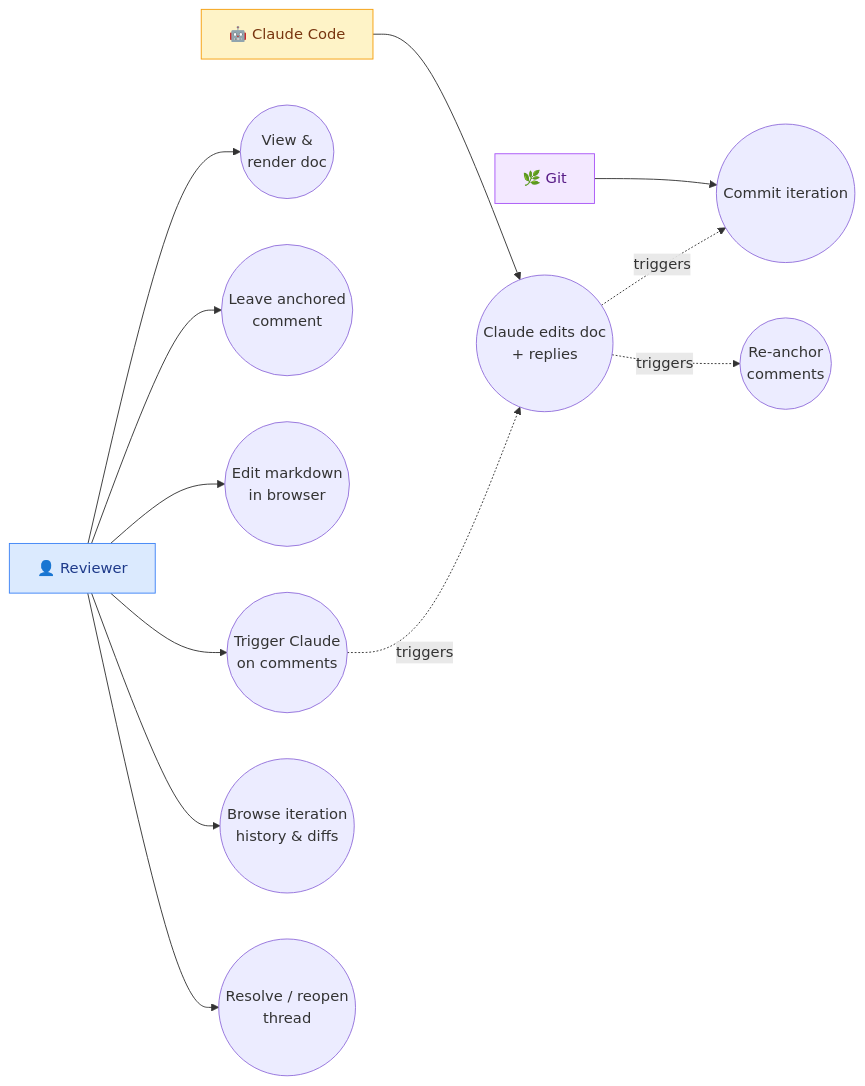
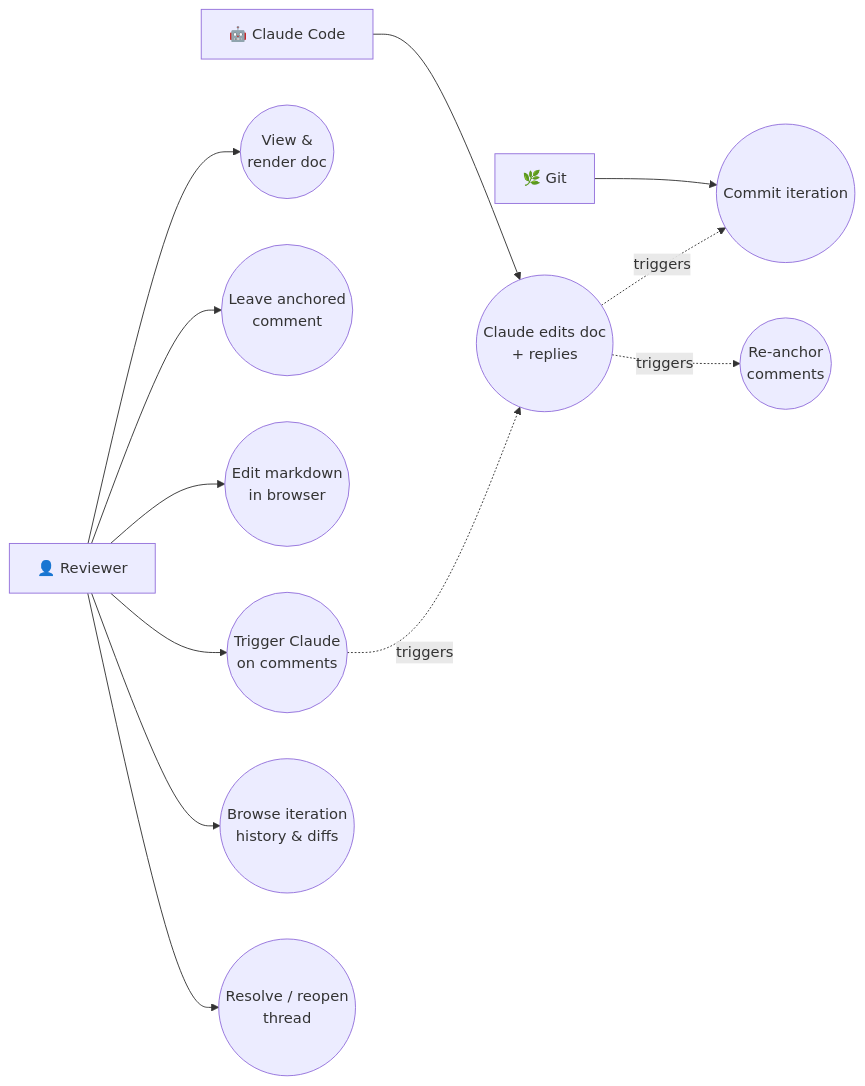
Diagram 14 of 15 in bytesofpurpose-blog/designs/2026-06-22-markdown-review-studio.mdx (omars-lab/omars-lab.github.io), drawn with Mermaid before and after one commit. The commit also changed other lines of this file and 6 other files, not shown here.

First line of the commit message:
feat(designs): on-brand mermaid theme + dark-mode-adaptive diagrams

````diff
--- a/bytesofpurpose-blog/designs/2026-06-22-markdown-review-studio.mdx
+++ b/bytesofpurpose-blog/designs/2026-06-22-markdown-review-studio.mdx
@@ -1013,26 +935,20 @@
 ```mermaid
 graph LR
     R["👤 Reviewer"]
     CC["🤖 Claude Code"]
     G["🌿 Git"]
 
     R --> UC1(("View &<br/>render doc"))
     R --> UC2(("Leave anchored<br/>comment"))
     R --> UC3(("Edit markdown<br/>in browser"))
     R --> UC4(("Trigger Claude<br/>on comments"))
     R --> UC5(("Browse iteration<br/>history & diffs"))
     R --> UC6(("Resolve / reopen<br/>thread"))
 
     UC4 -.->|triggers| UC7(("Claude edits doc<br/>+ replies"))
     CC --> UC7
     UC7 -.->|triggers| UC8(("Commit iteration"))
     G --> UC8
     UC7 -.->|triggers| UC9(("Re-anchor<br/>comments"))
 
-    classDef actor fill:#dbeafe,stroke:#3b82f6,color:#1e3a8a
-    classDef agent fill:#fef3c7,stroke:#f59e0b,color:#78350f
-    classDef store fill:#f3e8ff,stroke:#a855f7,color:#581c87
-    class R actor
-    class CC agent
-    class G store
 ```
````
